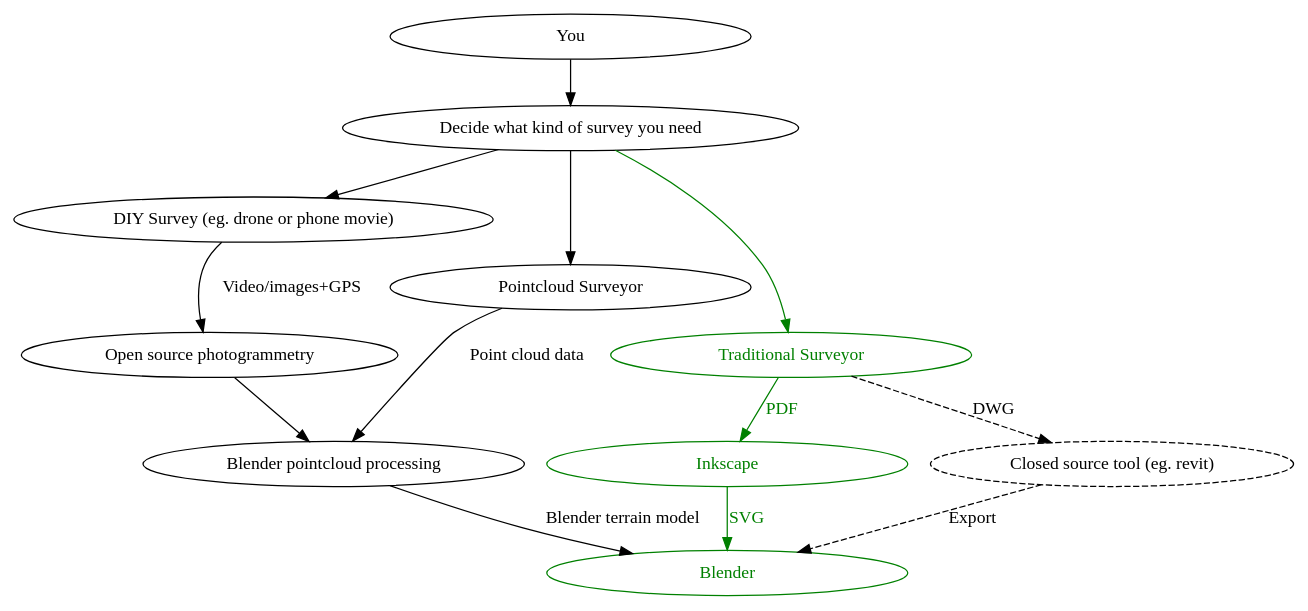
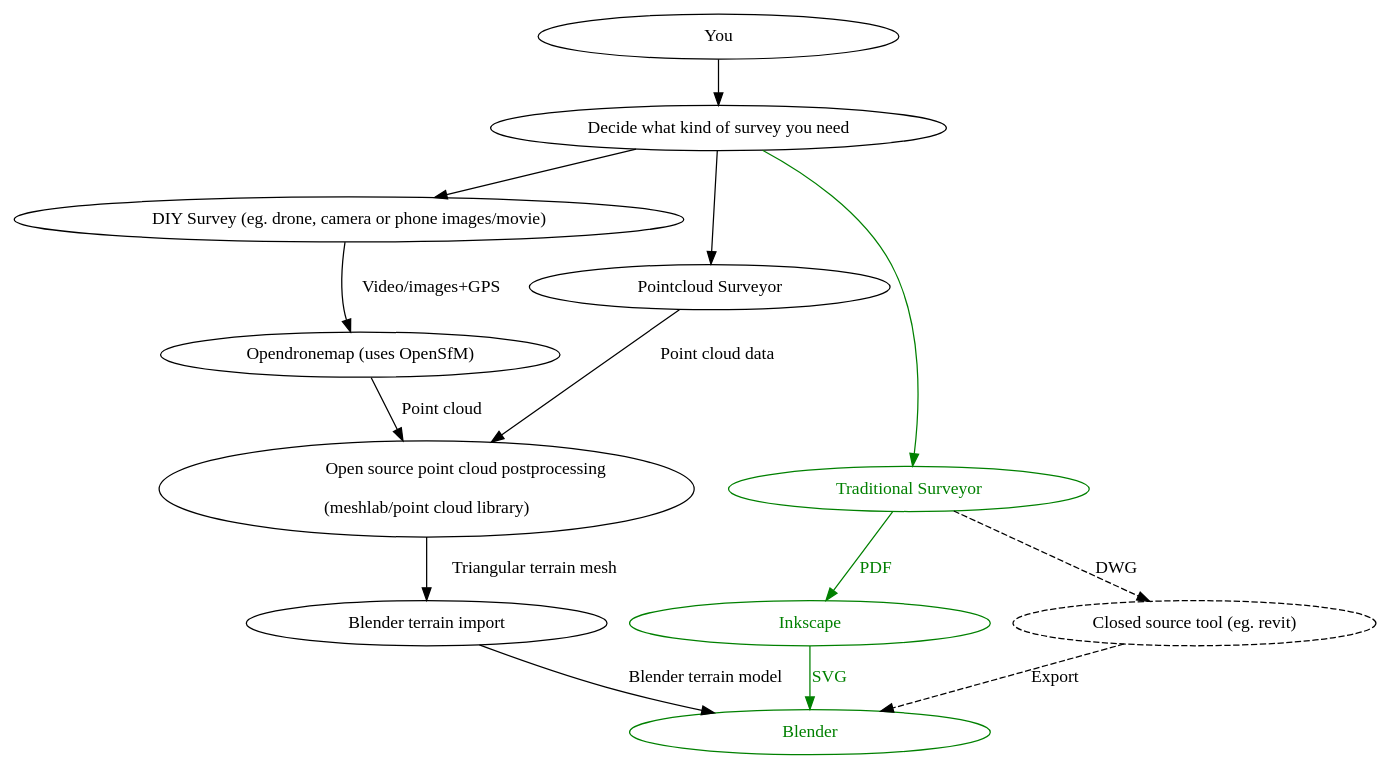
The diagram in surveying.dot (globalcitizen/open-source-architecture-workflows), drawn with Graphviz before and after one commit. The commit also changed 2 other files, not shown here.

Commit message:
Better diagram

```diff
--- a/surveying.dot
+++ b/surveying.dot
@@ -1,66 +1,71 @@
 digraph g {
  rankdir=TB;
  surveying_decision [
   label="Decide what kind of survey you need"
  ]
  diy_survey [
   width=4
-  label="DIY Survey (eg. drone or phone movie)"
+  label="DIY Survey (eg. drone, camera or phone images/movie)"
  ]
  pointcloud_surveyor [
   width=4
   label="Pointcloud Surveyor"
  ]
  traditional_surveyor [
   width=4
   label="Traditional Surveyor"
   fontcolor=green
   color=green
  ]
  you [
   width=4
   label="You"
  ]
  inkscape [
   width=4
   label="Inkscape"
   fontcolor=green
   color=green
  ]
- blender_pointcloud_processing [
+ open_source_point_cloud_postprocessing [
   width=4
-  label="Blender pointcloud processing"
+  label="Open source point cloud postprocessing\r\n(meshlab/point cloud library)"
  ]
  blender [
   width=4
   label="Blender"
   fontcolor=green
   color=green
  ]
  closed_source_tool [
   width=4
   label="Closed source tool (eg. revit)"
   style="dashed"
  ]
  open_source_photogrammetry [
   width=4
-  label="Open source photogrammetry"
+  label="Opendronemap (uses OpenSfM)"
+ ]
+ blender_terrain_import [
+  width=4
+  label="Blender terrain import"
  ]
 
  you -> surveying_decision;
 
  surveying_decision -> pointcloud_surveyor;
  surveying_decision -> traditional_surveyor [color="green"];
  surveying_decision -> diy_survey;
 
  traditional_surveyor->inkscape [ label = "PDF"; fontcolor="green"; color="green" ];
  traditional_surveyor->closed_source_tool [ label = "DWG"; style="dashed"; ];
  closed_source_tool->blender [ label = "Export"; style="dashed"; ];
- pointcloud_surveyor->blender_pointcloud_processing [ label = "Point cloud data"; ];
+ pointcloud_surveyor->open_source_point_cloud_postprocessing [ label = "Point cloud data"; ];
  diy_survey->open_source_photogrammetry [ label = "Video/images+GPS"; ];
 
- blender_pointcloud_processing->blender [ label = "Blender terrain model"; ];
- open_source_photogrammetry->blender_pointcloud_processing;
+ blender_terrain_import->blender [ label = "Blender terrain model"; ];
+ open_source_photogrammetry->open_source_point_cloud_postprocessing [ label = "Point cloud"; ];
+ open_source_point_cloud_postprocessing->blender_terrain_import [ label = "Triangular terrain mesh"; ];
  inkscape->blender [ label = "SVG"; fontcolor="green"; color="green" ];
  
 }
```
